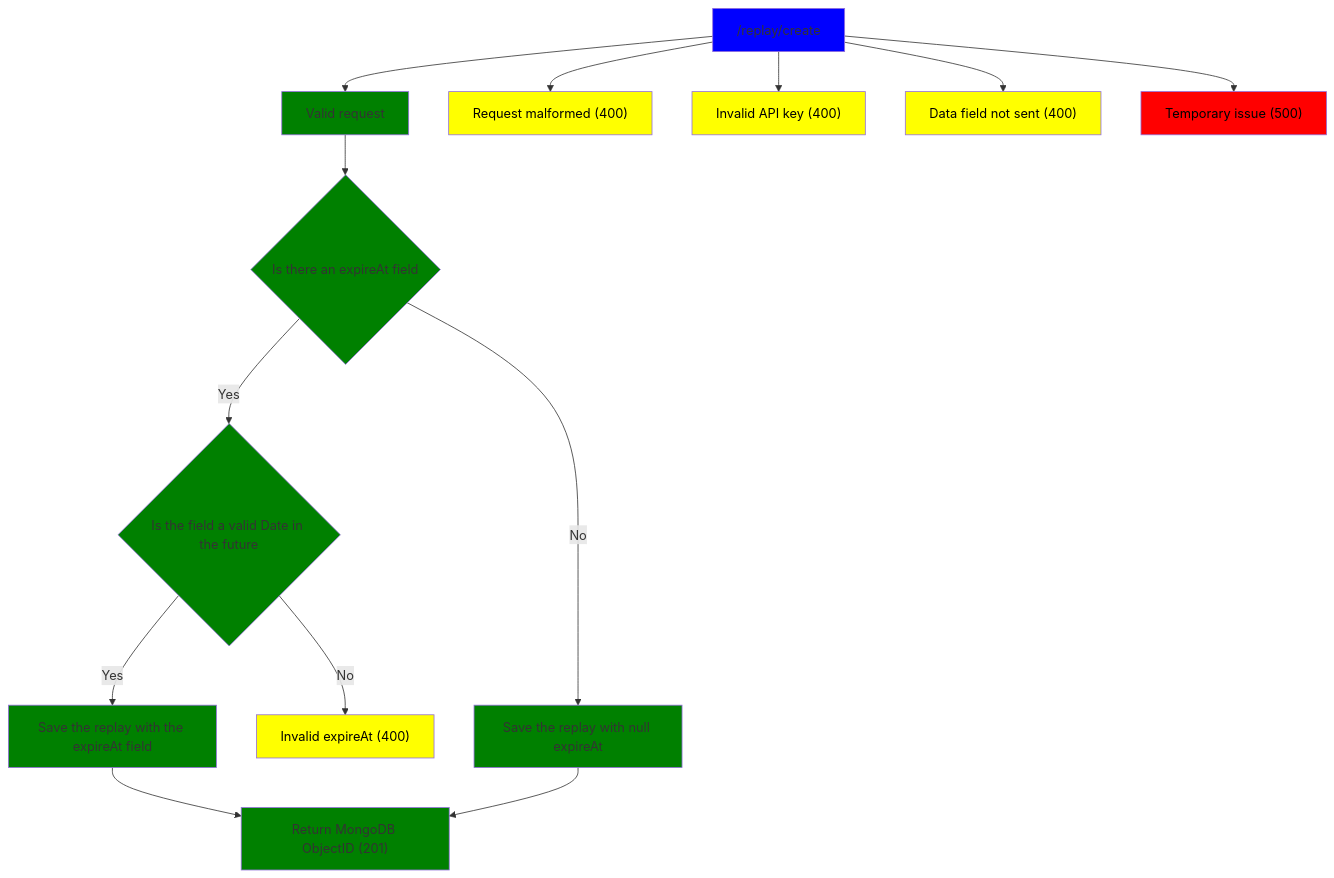
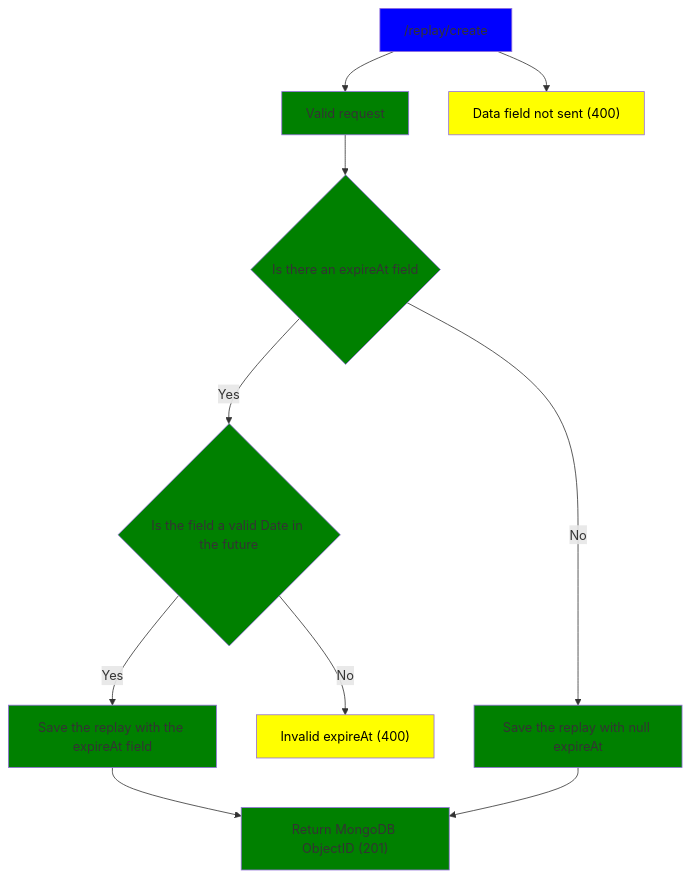
One commit to MorhafAlshibly/coanda changed the first of 3 diagrams in uml/replay.md. Above: the diagram before and after it, drawn with Mermaid. The commit also changed other lines of this file and 12 other files, not shown here.

````diff
--- a/uml/replay.md
+++ b/uml/replay.md
@@ -1,30 +1,25 @@
 ```mermaid
 graph TD
     A["/replay/create"]
     A --> B[Valid request]
-    A --> C["Request malformed (400)"]
-    A --> D["Invalid API key (400)"]
-    A --> E["Data field not sent (400)"]
-    A --> F["Temporary issue (500)"]
+    A --> C["Data field not sent (400)"]
 
     B --> G{Is there an expireAt field}
     G --> |Yes| H{"Is the field a valid Date in the future"}
     G --> |No| I["Save the replay with null expireAt"]
 
     H --> |Yes| J["Save the replay with the expireAt field"]
     H --> |No| K["Invalid expireAt (400)"]
 
     J --> L["Return MongoDB ObjectID (201)"]
 
     I --> L
 
     style A fill:blue
 
     classDef green fill:green
     class B,G,H,I,J,L green
 
     classDef yellow fill:yellow,color:black
-    class C,D,E,K yellow
-
-    style F fill:red,color:black
+    class C,K yellow
 ```
````
